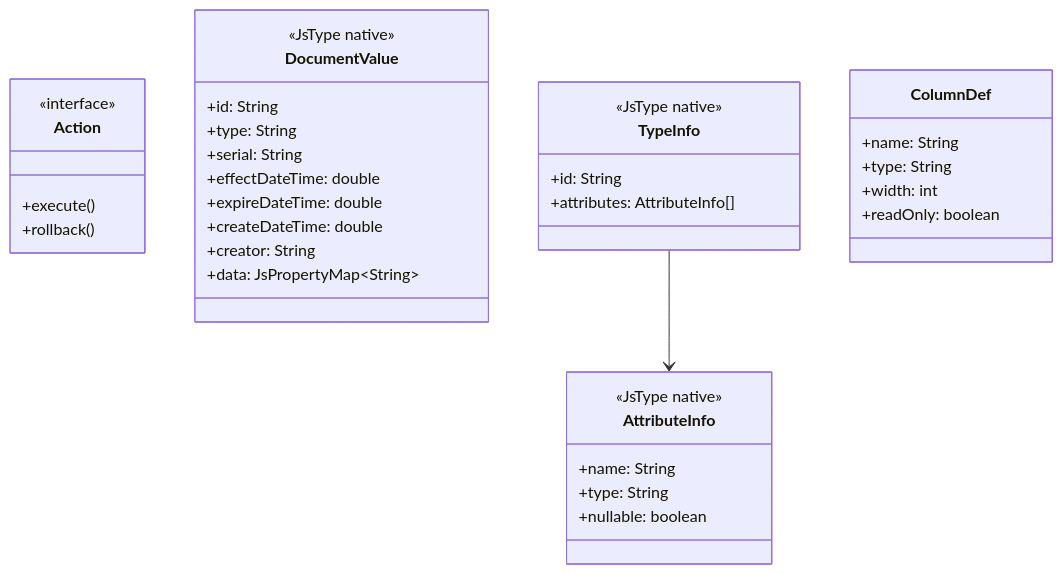
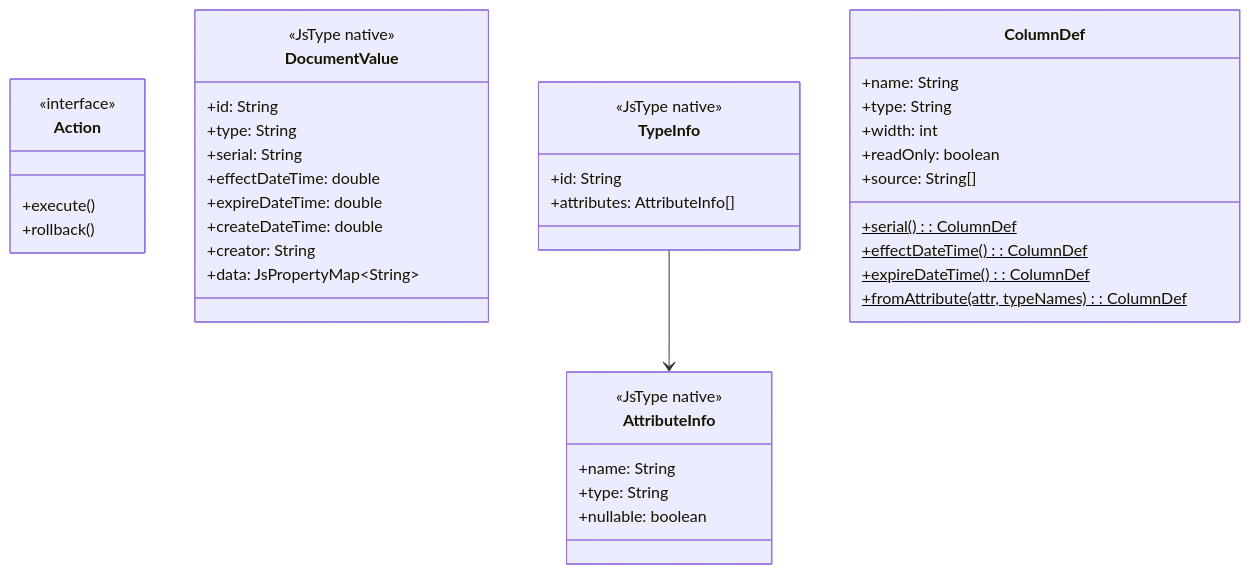
Before and after one commit to sayaya1090/handbook: the first of 9 diagrams in document-ui/CLASS-DIAGRAM.md, drawn with Mermaid. The commit also changed other lines of this file and 169 other files, not shown here.

````diff
--- a/document-ui/CLASS-DIAGRAM.md
+++ b/document-ui/CLASS-DIAGRAM.md
@@ -5,42 +5,47 @@
 ```mermaid
 classDiagram
     class Action {
         <<interface>>
         +execute()
         +rollback()
     }
 
     class DocumentValue {
         <<JsType native>>
         +id: String
         +type: String
         +serial: String
         +effectDateTime: double
         +expireDateTime: double
         +createDateTime: double
         +creator: String
         +data: JsPropertyMap~String~
     }
 
     class TypeInfo {
         <<JsType native>>
         +id: String
         +attributes: AttributeInfo[]
     }
 
     class AttributeInfo {
         <<JsType native>>
         +name: String
         +type: String
         +nullable: boolean
     }
 
     class ColumnDef {
         +name: String
         +type: String
         +width: int
         +readOnly: boolean
+        +source: String[]
+        +serial()$: ColumnDef
+        +effectDateTime()$: ColumnDef
+        +expireDateTime()$: ColumnDef
+        +fromAttribute(attr, typeNames)$: ColumnDef
     }
 
     TypeInfo --> AttributeInfo
 ```
````
